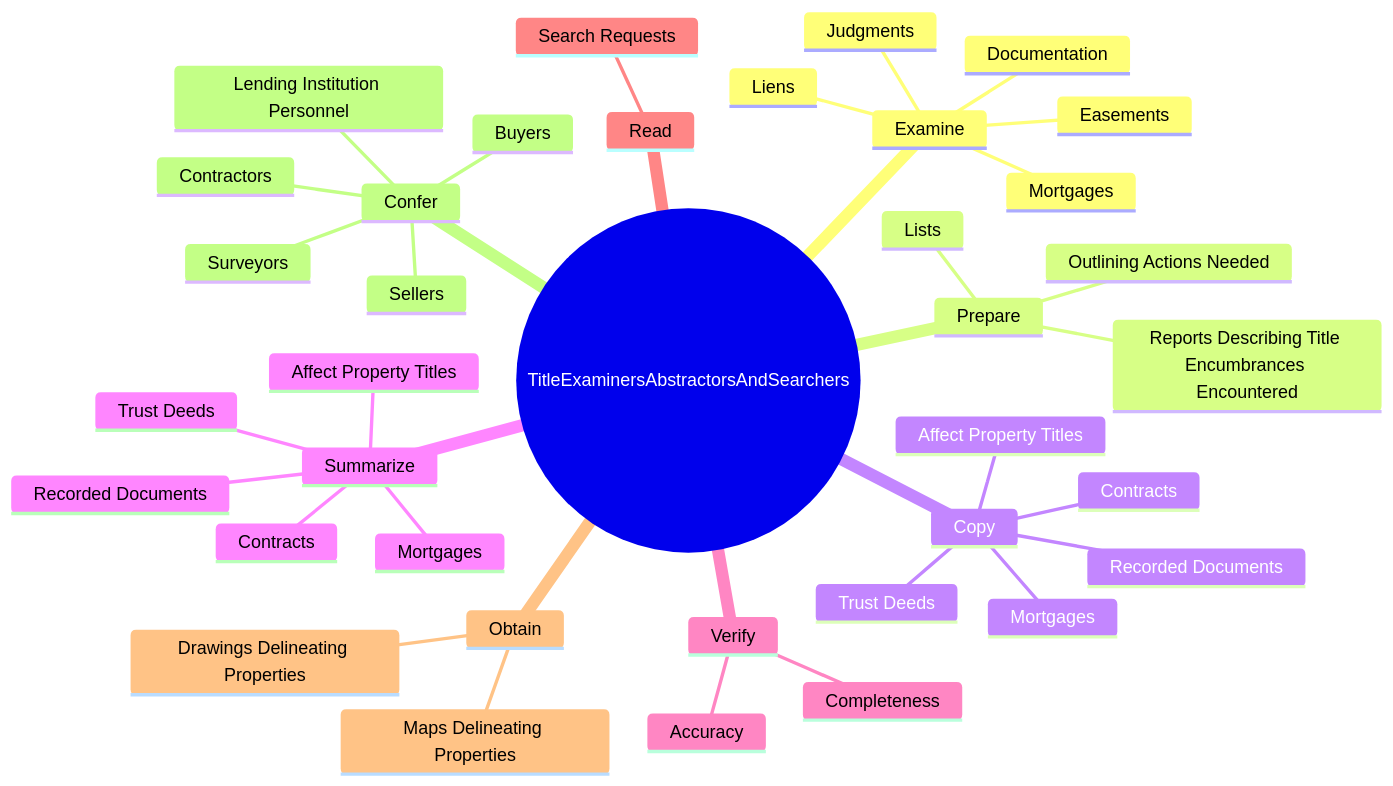
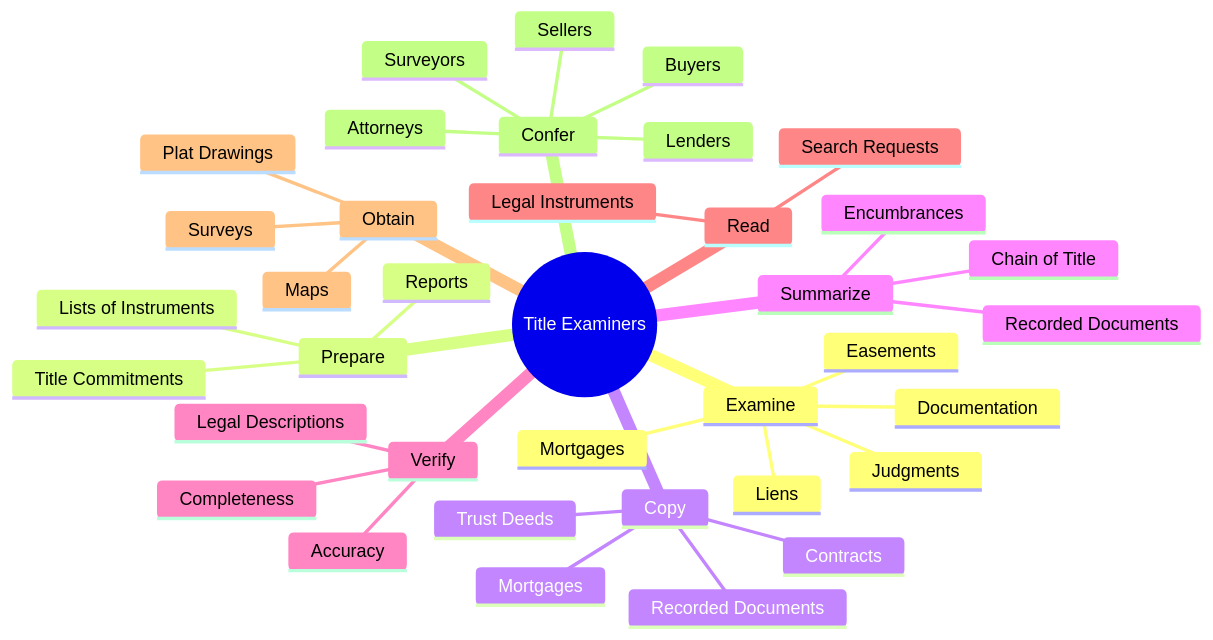
Before and after one commit to kziemski/business.org.ai: the second of 4 diagrams in occupations/Legal/TitleExaminersAbstractorsAndSearchers.mdx, drawn with Mermaid. The commit also changed other lines of this file and 938 other files, not shown here.

````diff
--- a/occupations/Legal/TitleExaminersAbstractorsAndSearchers.mdx
+++ b/occupations/Legal/TitleExaminersAbstractorsAndSearchers.mdx
@@ -37,40 +46,40 @@
 ```mermaid
 mindmap
-    root(("TitleExaminersAbstractorsAndSearchers"))
+    root(("Title Examiners"))
         Examine
             Documentation
             Mortgages
             Liens
             Judgments
             Easements
         Prepare
-            Reports Describing Title Encumbrances Encountered
-            Outlining Actions Needed
-            Lists
+            Reports
+            Title Commitments
+            Lists of Instruments
         Copy
             Recorded Documents
             Mortgages
             Trust Deeds
             Contracts
-            Affect Property Titles
         Summarize
             Recorded Documents
-            Mortgages
-            Trust Deeds
-            Contracts
-            Affect Property Titles
+            Chain of Title
+            Encumbrances
         Verify
             Accuracy
             Completeness
+            Legal Descriptions
         Read
             Search Requests
+            Legal Instruments
         Obtain
-            Maps Delineating Properties
-            Drawings Delineating Properties
+            Maps
+            Surveys
+            Plat Drawings
         Confer
-            Lending Institution Personnel
+            Lenders
             Buyers
             Sellers
-            Contractors
+            Attorneys
             Surveyors
 ```
````
